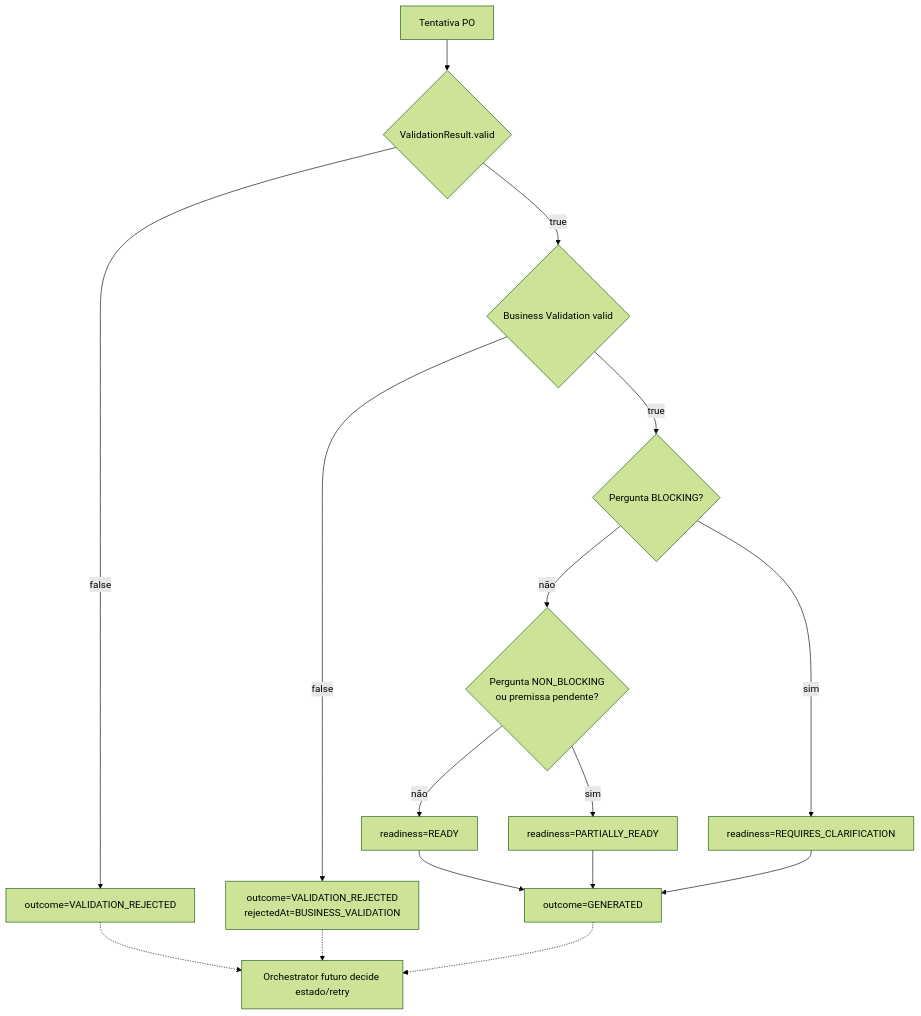
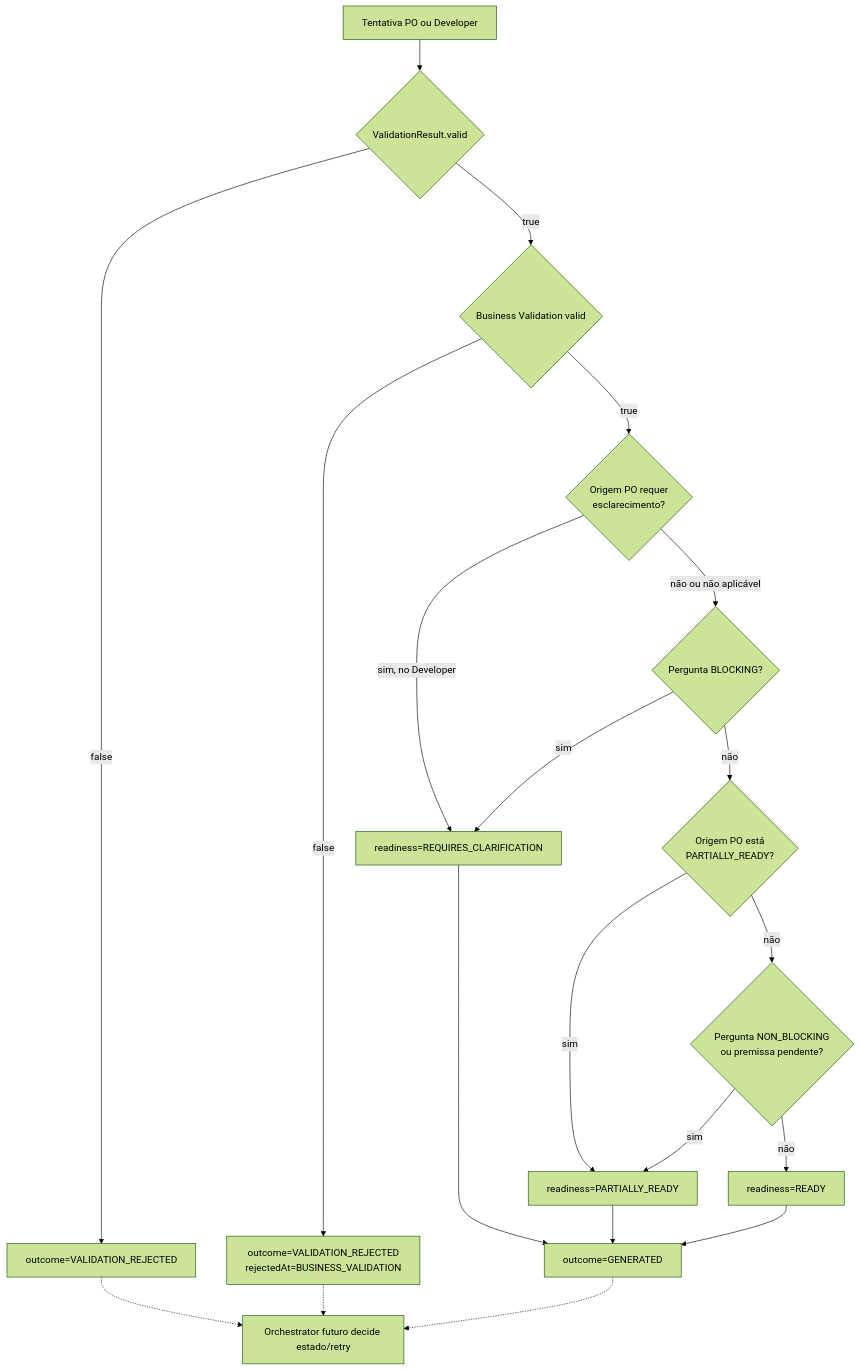
The eighth of 10 diagrams in knowledge/33-PIPELINE_OVERVIEW.md (felipet66/brq-ai-factory), drawn with Mermaid (forest theme) before and after one commit. The commit also changed other lines of this file and 63 other files, not shown here.

````diff
--- a/knowledge/33-PIPELINE_OVERVIEW.md
+++ b/knowledge/33-PIPELINE_OVERVIEW.md
@@ -213,19 +262,23 @@
 ```mermaid
 flowchart TD
-    ATTEMPT["Tentativa PO"] --> VALID{"ValidationResult.valid"}
+    ATTEMPT["Tentativa PO ou Developer"] --> VALID{"ValidationResult.valid"}
     VALID -->|"false"| REJECT["outcome=VALIDATION_REJECTED"]
     VALID -->|"true"| BUSINESS_VALID{"Business Validation valid"}
     BUSINESS_VALID -->|"false"| BUSINESS_REJECT["outcome=VALIDATION_REJECTED<br/>rejectedAt=BUSINESS_VALIDATION"]
-    BUSINESS_VALID -->|"true"| QUESTIONS{"Pergunta BLOCKING?"}
-    QUESTIONS -->|"sim"| CLARIFY2["readiness=REQUIRES_CLARIFICATION"]
-    QUESTIONS -->|"não"| PENDING{"Pergunta NON_BLOCKING<br/>ou premissa pendente?"}
-    PENDING -->|"sim"| PARTIAL2["readiness=PARTIALLY_READY"]
+    BUSINESS_VALID -->|"true"| SOURCE_BLOCKING{"Origem PO requer<br/>esclarecimento?"}
+    SOURCE_BLOCKING -->|"sim, no Developer"| CLARIFY2["readiness=REQUIRES_CLARIFICATION"]
+    SOURCE_BLOCKING -->|"não ou não aplicável"| QUESTIONS{"Pergunta BLOCKING?"}
+    QUESTIONS -->|"sim"| CLARIFY2
+    QUESTIONS -->|"não"| SOURCE_PARTIAL{"Origem PO está<br/>PARTIALLY_READY?"}
+    SOURCE_PARTIAL -->|"sim"| PARTIAL2["readiness=PARTIALLY_READY"]
+    SOURCE_PARTIAL -->|"não"| PENDING{"Pergunta NON_BLOCKING<br/>ou premissa pendente?"}
+    PENDING -->|"sim"| PARTIAL2
     PENDING -->|"não"| READY2["readiness=READY"]
     READY2 --> GENERATED["outcome=GENERATED"]
     PARTIAL2 --> GENERATED
     CLARIFY2 --> GENERATED
 
     REJECT -.-> ORCHDECISION["Orchestrator futuro decide estado/retry"]
     BUSINESS_REJECT -.-> ORCHDECISION
     GENERATED -.-> ORCHDECISION
 ```
````
